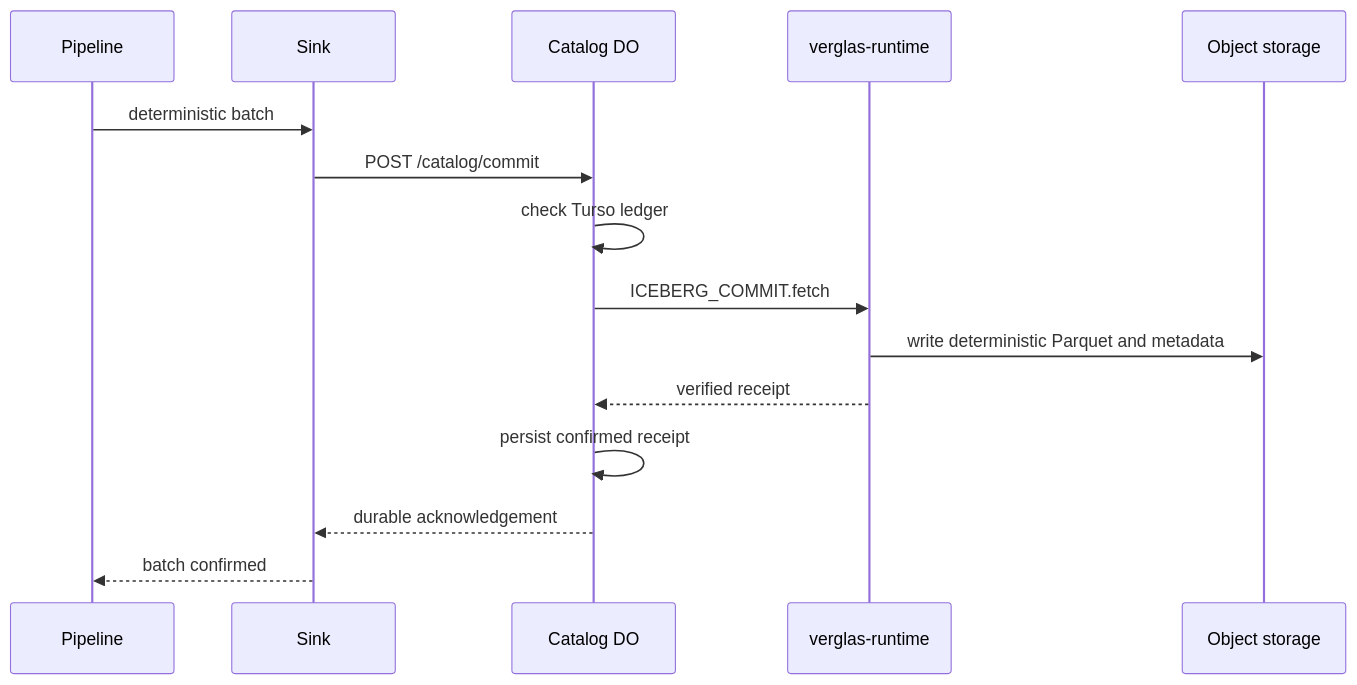
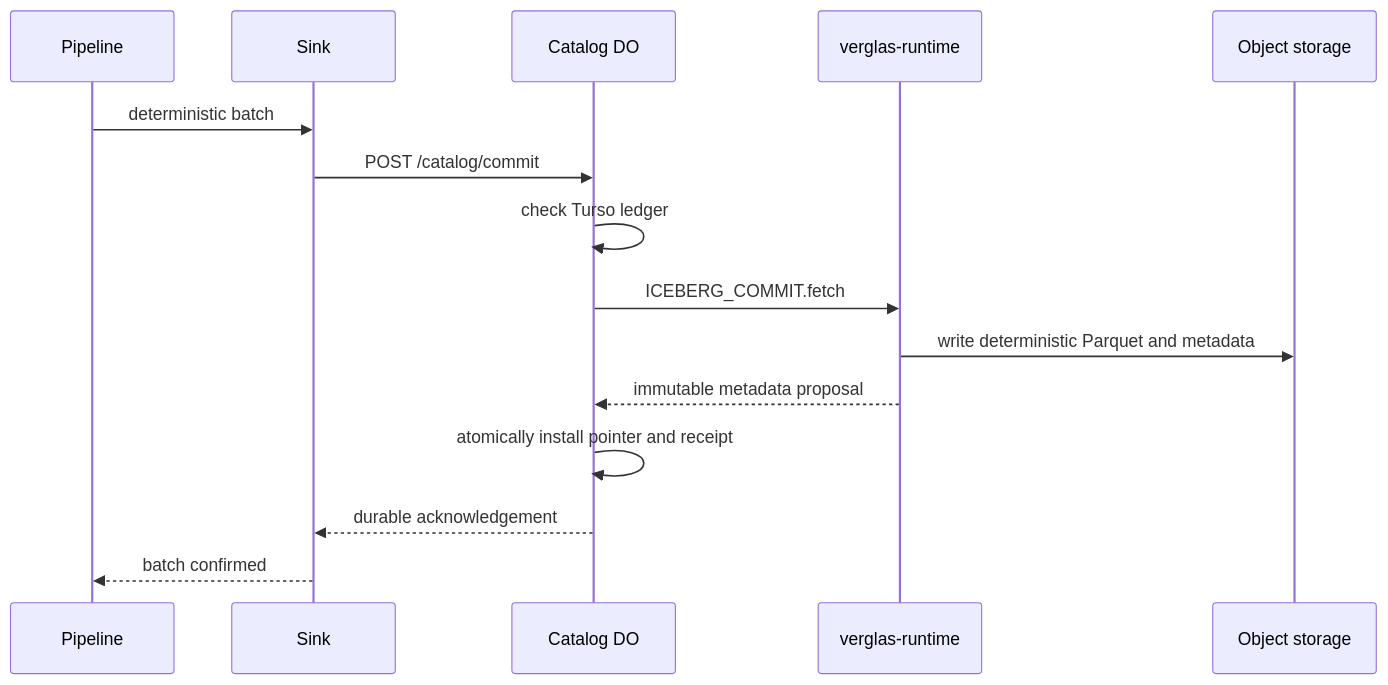
One commit to verglas-org/verglas changed the diagram in docs/architecture/iceberg.mdx. Above: the diagram before and after it, drawn with Mermaid. The commit also changed other lines of this file and 40 other files, not shown here.

````diff
--- a/docs/architecture/iceberg.mdx
+++ b/docs/architecture/iceberg.mdx
@@ -20,18 +20,18 @@
 ```mermaid
 sequenceDiagram
     participant Pipeline
     participant Sink
     participant Catalog as Catalog DO
     participant Runtime as verglas-runtime
     participant Origin as Object storage
 
     Pipeline->>Sink: deterministic batch
     Sink->>Catalog: POST /catalog/commit
     Catalog->>Catalog: check Turso ledger
     Catalog->>Runtime: ICEBERG_COMMIT.fetch
     Runtime->>Origin: write deterministic Parquet and metadata
-    Runtime-->>Catalog: verified receipt
-    Catalog->>Catalog: persist confirmed receipt
+    Runtime-->>Catalog: immutable metadata proposal
+    Catalog->>Catalog: atomically install pointer and receipt
     Catalog-->>Sink: durable acknowledgement
     Sink-->>Pipeline: batch confirmed
 ```
````
